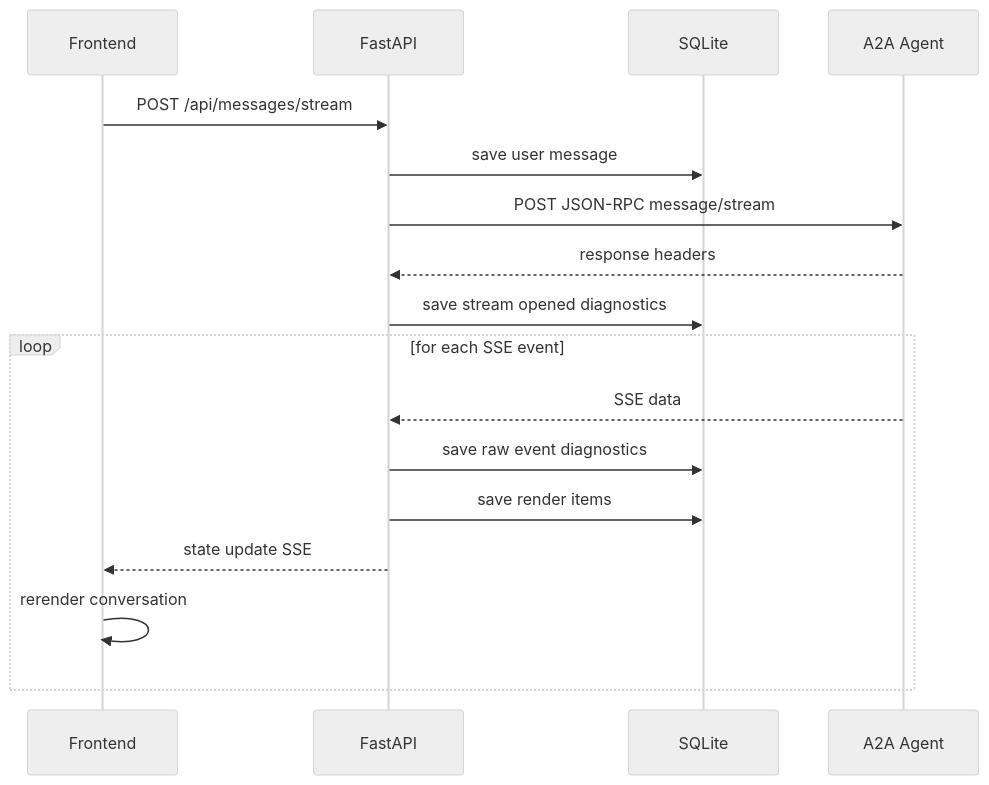
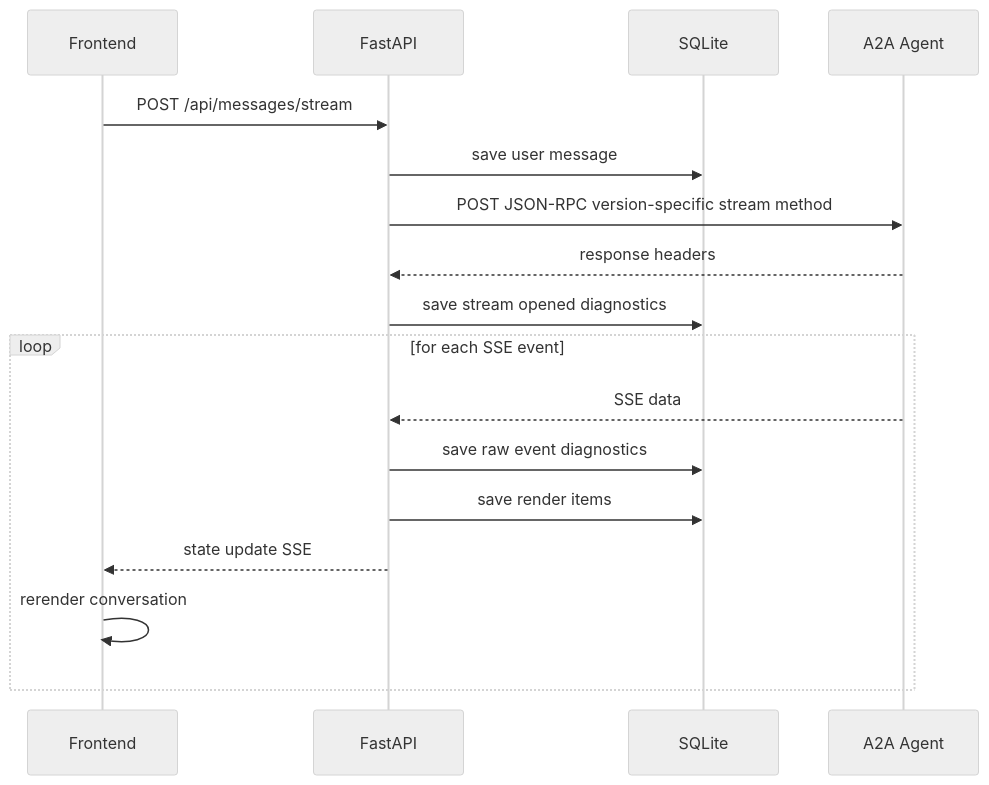
One commit to remark-ekz/A2ATester changed the third of 3 diagrams in docs/PROJECT_DOCUMENTATION.md. Above: the diagram before and after it, drawn with Mermaid (neutral theme). The commit also changed other lines of this file and 9 other files, not shown here.

````diff
--- a/docs/PROJECT_DOCUMENTATION.md
+++ b/docs/PROJECT_DOCUMENTATION.md
@@ -371,20 +411,20 @@
 ```mermaid
 sequenceDiagram
     participant UI as Frontend
     participant API as FastAPI
     participant DB as SQLite
     participant A2A as A2A Agent
 
     UI->>API: POST /api/messages/stream
     API->>DB: save user message
-    API->>A2A: POST JSON-RPC message/stream
+    API->>A2A: POST JSON-RPC version-specific stream method
     A2A-->>API: response headers
     API->>DB: save stream opened diagnostics
     loop for each SSE event
         A2A-->>API: SSE data
         API->>DB: save raw event diagnostics
         API->>DB: save render items
         API-->>UI: state update SSE
         UI->>UI: rerender conversation
     end
 ```
````
